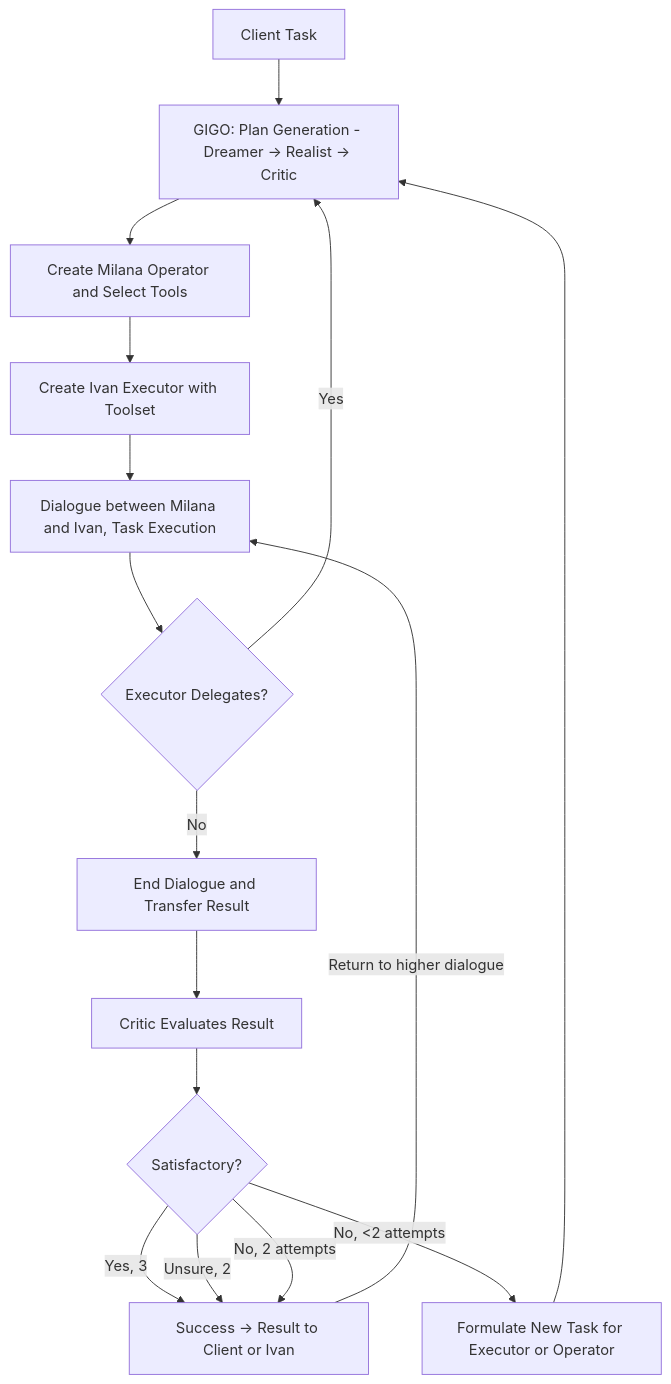
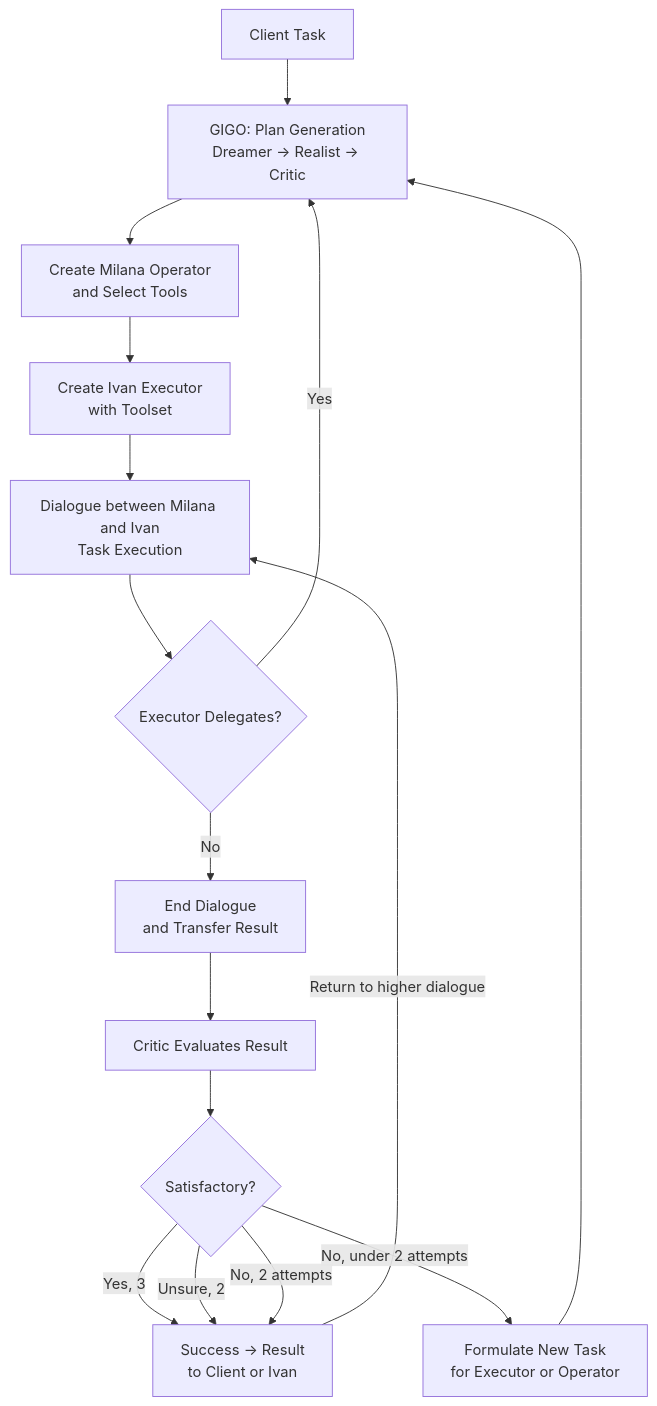
Before and after one commit to iishnitsa/milana: the diagram in README.md, drawn with Mermaid. The commit also changed other lines of this file and 1 other file, not shown here.

First line of the commit message:
Docs: wrap mermaid labels, restore How to Use list, ignore setups.

````diff
--- a/README.md
+++ b/README.md
@@ -51,20 +51,20 @@
 ```mermaid
 flowchart TD
-    A[Client Task] --> B[GIGO: Plan Generation - Dreamer → Realist → Critic]
-    B --> C[Create Milana Operator and Select Tools]
-    C --> D[Create Ivan Executor with Toolset]
-    D --> E[Dialogue between Milana and Ivan, Task Execution]
+    A[Client Task] --> B["GIGO: Plan Generation<br/>Dreamer → Realist → Critic"]
+    B --> C["Create Milana Operator<br/>and Select Tools"]
+    C --> D["Create Ivan Executor<br/>with Toolset"]
+    D --> E["Dialogue between Milana and Ivan<br/>Task Execution"]
 
     E --> F{Executor Delegates?}
     F -->|Yes| B
-    F -->|No| G[End Dialogue and Transfer Result]
+    F -->|No| G["End Dialogue<br/>and Transfer Result"]
 
     G --> H[Critic Evaluates Result]
     H --> I{Satisfactory?}
-    I -->|Yes, 3| J[Success → Result to Client or Ivan]
-    I -->|No, <2 attempts| K[Formulate New Task for Executor or Operator]
+    I -->|Yes, 3| J["Success → Result<br/>to Client or Ivan"]
+    I -->|"No, under 2 attempts"| K["Formulate New Task<br/>for Executor or Operator"]
     K --> B
     I -->|Unsure, 2| J
     I -->|No, 2 attempts| J
     J -->|Return to higher dialogue| E
 ```
````
